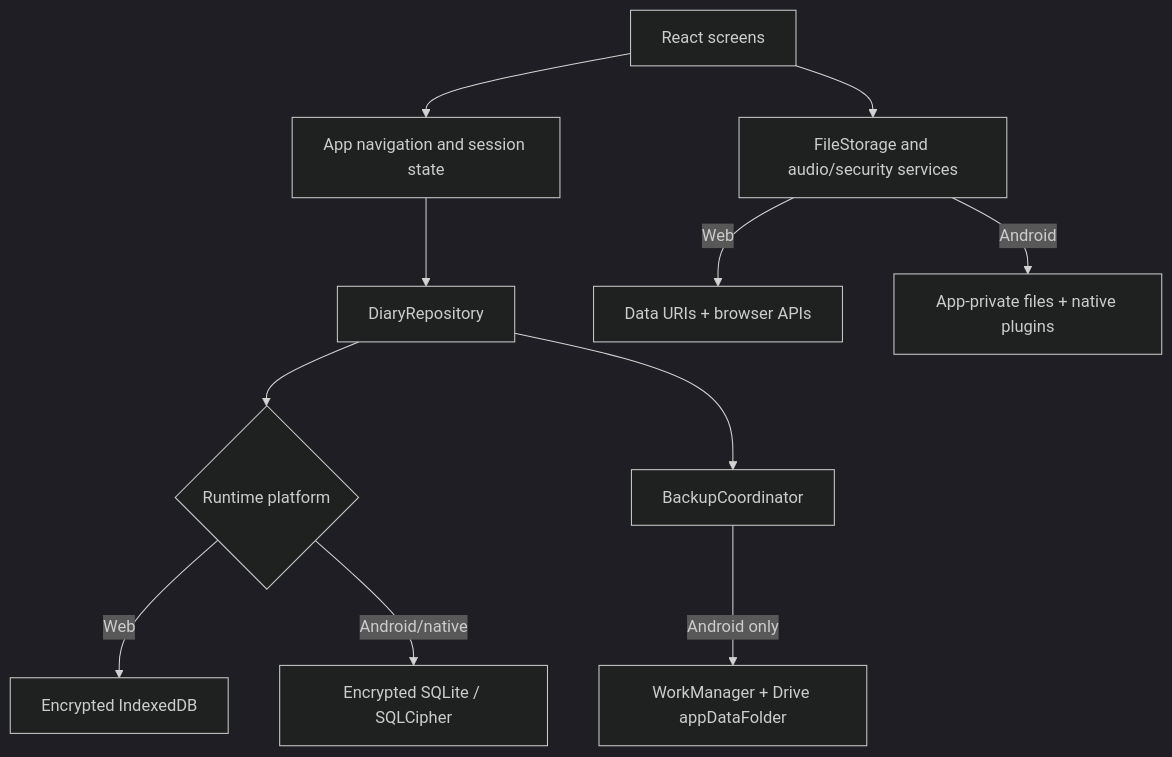
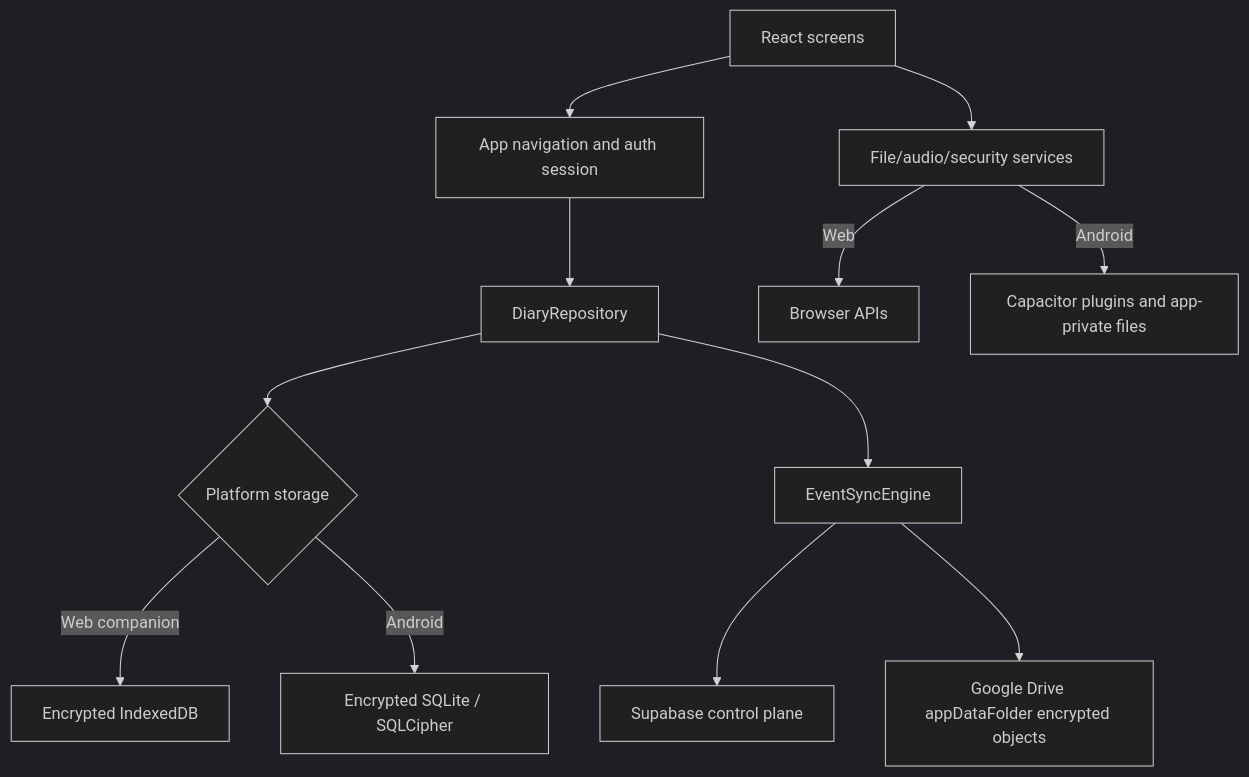
Before and after one commit to dsadasivani/dear-diary-web: the diagram in readme.md, drawn with Mermaid (dark theme). The commit also changed other lines of this file and 23 other files, not shown here.

````diff
--- a/readme.md
+++ b/readme.md
@@ -166,13 +102,14 @@
 ```mermaid
 flowchart TD
-    UI[React screens] --> APP[App navigation and session state]
+    UI[React screens] --> APP[App navigation and auth session]
     APP --> REPO[DiaryRepository]
-    REPO --> WEB{Runtime platform}
-    WEB -->|Web| IDB[Encrypted IndexedDB]
-    WEB -->|Android/native| SQL[Encrypted SQLite / SQLCipher]
-    UI --> MEDIA[FileStorage and audio/security services]
-    MEDIA -->|Web| DATAURI[Data URIs + browser APIs]
-    MEDIA -->|Android| FILES[App-private files + native plugins]
-    REPO --> COORD[BackupCoordinator]
-    COORD -->|Android only| WM[WorkManager + Drive appDataFolder]
+    REPO --> STORE{Platform storage}
+    STORE -->|Web companion| IDB[Encrypted IndexedDB]
+    STORE -->|Android| SQL[Encrypted SQLite / SQLCipher]
+    UI --> MEDIA[File/audio/security services]
+    MEDIA -->|Web| WEBAPI[Browser APIs]
+    MEDIA -->|Android| NATIVE[Capacitor plugins and app-private files]
+    REPO --> SYNC[EventSyncEngine]
+    SYNC --> SUPA[Supabase control plane]
+    SYNC --> DRIVE[Google Drive appDataFolder encrypted objects]
 ```
````
